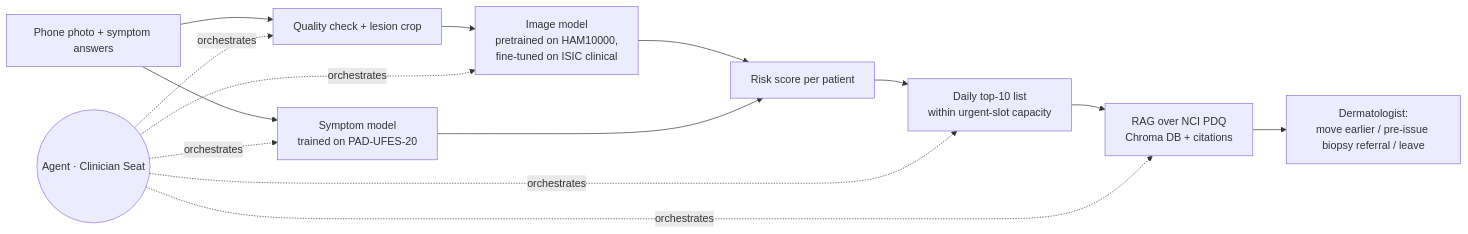
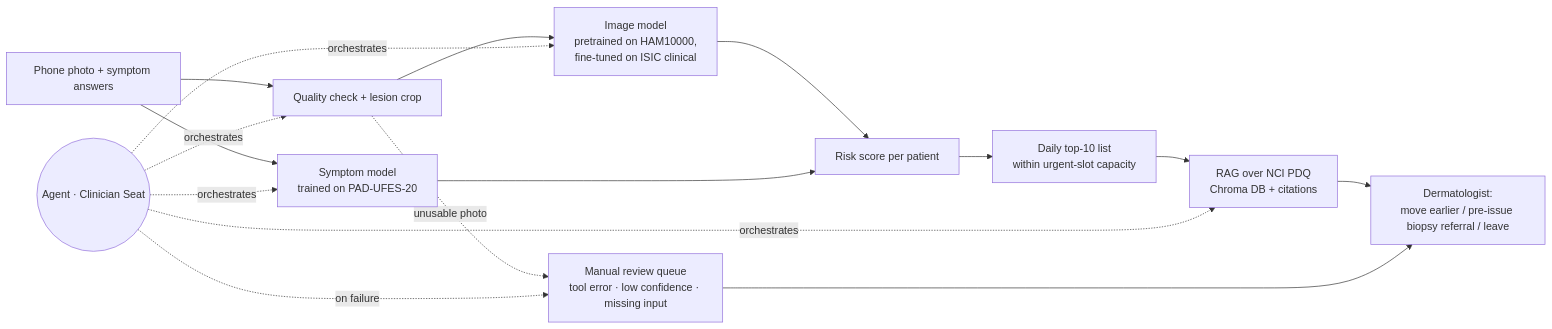
Before and after one commit to IfatDav/skin-lesion-assistant: the diagram in CHARTER.md, drawn with Mermaid.

Commit message:
Enhance workflow with manual review for low confidence photos
Added manual review queue for unusable photos and updated orchestration logic.

````diff
--- a/CHARTER.md
+++ b/CHARTER.md
@@ -56,11 +56,14 @@
 ```mermaid
 flowchart LR
     A[Phone photo + symptom answers] --> B[Quality check + lesion crop]
     B --> C[Image model<br/>pretrained on HAM10000,<br/>fine-tuned on ISIC clinical]
     A --> S[Symptom model<br/>trained on PAD-UFES-20]
     C & S --> D[Risk score per patient]
     D --> L[Daily top-10 list<br/>within urgent-slot capacity]
     L --> E[RAG over NCI PDQ<br/>Chroma DB + citations]
     E --> F[Dermatologist:<br/>move earlier / pre-issue biopsy referral / leave]
-    G((Agent · Clinician Seat)) -. orchestrates .-> B & C & S & L & E
+    B -. unusable photo .-> M[Manual review queue<br/>tool error · low confidence · missing input]
+    M --> F
+    G((Agent · Clinician Seat)) -. orchestrates .-> B & C & S & E
+    G -. on failure .-> M
 ```
````
